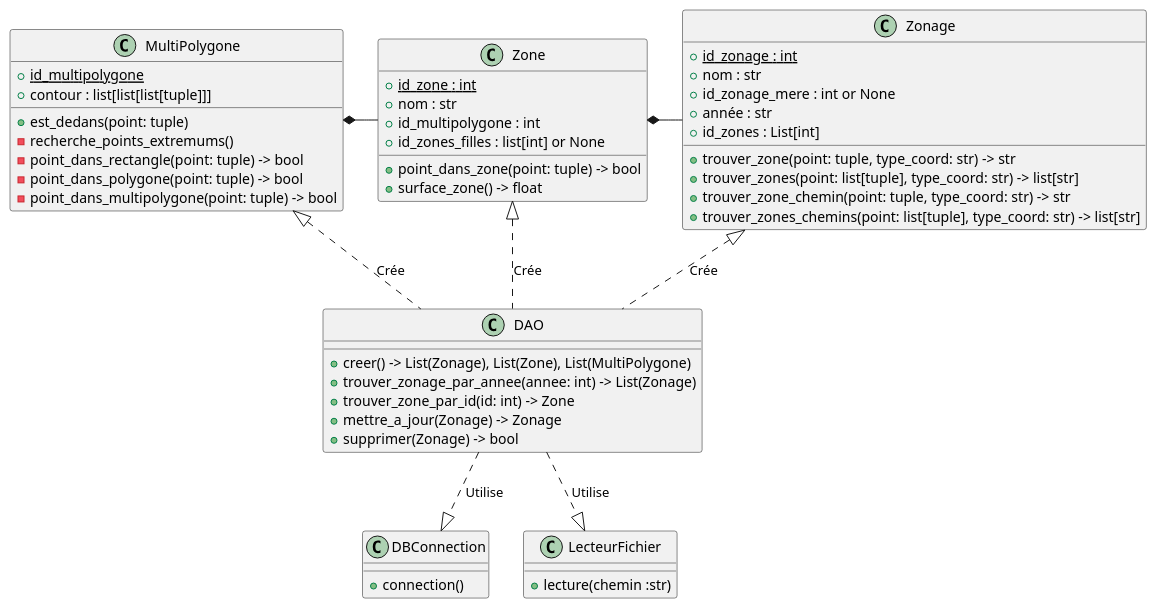
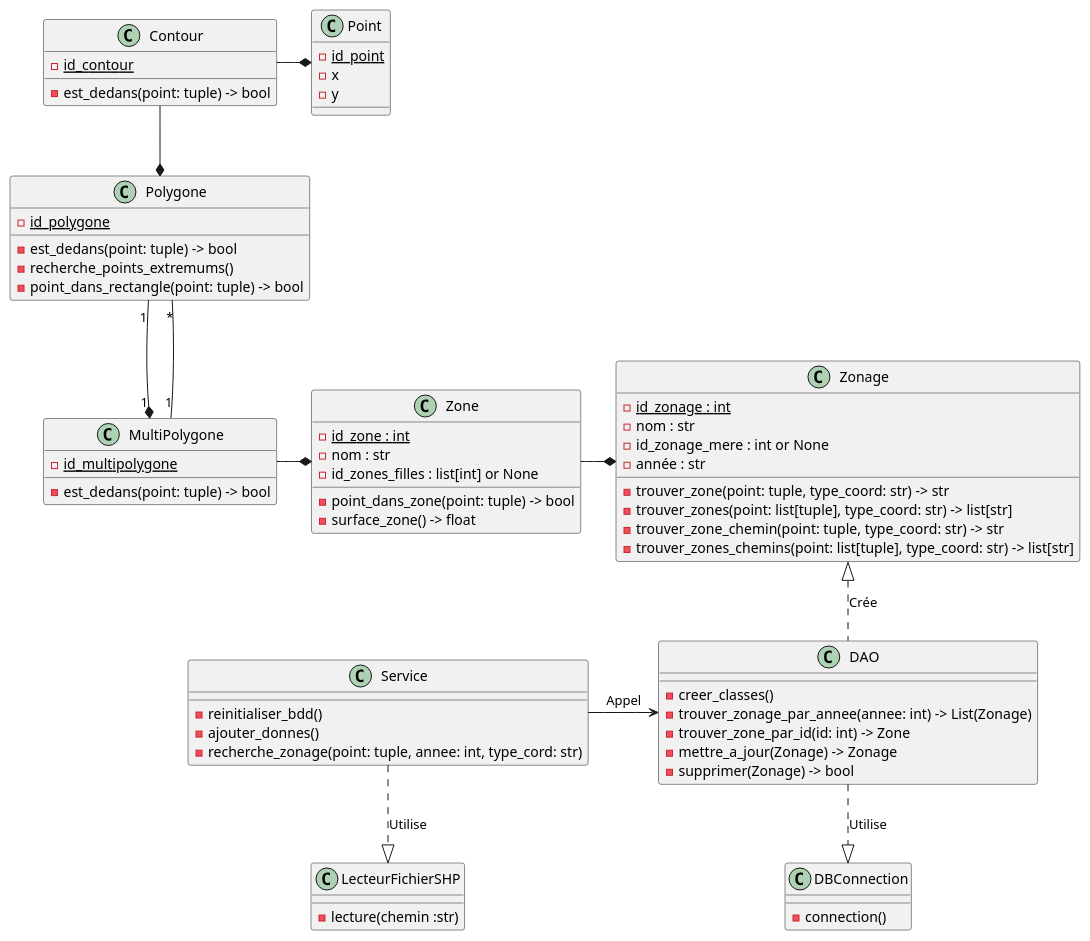
One commit to antoni-guardia/ENSAI_ProjetInfo2A changed the diagram in doc/diagrammes/diagramme_classes.md. Above: the diagram before and after it, drawn with PlantUML. The commit also changed 1 other file, not shown here.

Commit message:
diag cre

```diff
--- a/doc/diagrammes/diagramme_classes.md
+++ b/doc/diagrammes/diagramme_classes.md
@@ -1,62 +1,84 @@
 @startuml
 
 class Zone {
- + {Static} id_zone : int
- + nom : str
- + id_multipolygone : int
- + id_zones_filles : list[int] or None
- + point_dans_zone(point: tuple) -> bool
- + surface_zone() -> float 
+ - {Static} id_zone : int
+ - nom : str
+ - id_zones_filles : list[int] or None
+ - point_dans_zone(point: tuple) -> bool
+ - surface_zone() -> float 
  }
 
 class Zonage {
- + {Static} id_zonage : int
- + nom : str
- + id_zonage_mere : int or None
- + année : str
- + id_zones : List[int]
- + trouver_zone(point: tuple, type_coord: str) -> str
- + trouver_zones(point: list[tuple], type_coord: str) -> list[str]
- + trouver_zone_chemin(point: tuple, type_coord: str) -> str
- + trouver_zones_chemins(point: list[tuple], type_coord: str) -> list[str]
+ - {Static} id_zonage : int
+ - nom : str
+ - id_zonage_mere : int or None
+ - année : str
+ - trouver_zone(point: tuple, type_coord: str) -> str
+ - trouver_zones(point: list[tuple], type_coord: str) -> list[str]
+ - trouver_zone_chemin(point: tuple, type_coord: str) -> str
+ - trouver_zones_chemins(point: list[tuple], type_coord: str) -> list[str]
  }
 
 class MultiPolygone{
- + {Static} id_multipolygone
- + contour : list[list[list[tuple]]]
- + est_dedans(point: tuple)
+ - {Static} id_multipolygone
+ - est_dedans(point: tuple) -> bool
+ }
+
+
+class Polygone{
+ - {Static} id_polygone
+
+ - est_dedans(point: tuple) -> bool
  - recherche_points_extremums()
  - point_dans_rectangle(point: tuple) -> bool
- - point_dans_polygone(point: tuple) -> bool
- - point_dans_multipolygone(point: tuple) -> bool
- }
+}
+
+class Contour{
+ - {Static} id_contour
+ - est_dedans(point: tuple) -> bool
+}
+
+class Point{
+ - {Static} id_point
+ - x 
+ - y
+}
 
 class DAO{
-  + creer() -> List(Zonage), List(Zone), List(MultiPolygone)
-  + trouver_zonage_par_annee(annee: int) -> List(Zonage)
-  + trouver_zone_par_id(id: int) -> Zone
-  + mettre_a_jour(Zonage) -> Zonage
-  + supprimer(Zonage) -> bool
+  - creer_classes()
+  - trouver_zonage_par_annee(annee: int) -> List(Zonage)
+  - trouver_zone_par_id(id: int) -> Zone
+  - mettre_a_jour(Zonage) -> Zonage
+  - supprimer(Zonage) -> bool
 }
 
 
 
 class DBConnection{
-+ connection()
+- connection()
 }
 
-class LecteurFichier{
-+ lecture(chemin :str)
+class LecteurFichierSHP{
+- lecture(chemin :str)
 }
 
+class Service{
+- reinitialiser_bdd()
+- ajouter_donnes()
+- recherche_zonage(point: tuple, annee: int, type_cord: str)
+}
 
+Contour -right-* Point
+Contour --* Polygone
+Polygone "1"-down-*"1" MultiPolygone
+Polygone "*"-down-"1" MultiPolygone
 
-Zone -left-* MultiPolygone
-Zone *-right- Zonage
-Zone <|.. DAO : Crée
+Zone *-left- MultiPolygone
+Zone -right-* Zonage
+
 Zonage <|.. DAO : Crée
-MultiPolygone <|.. DAO : Crée
+
 DBConnection <|.up. DAO : Utilise
-LecteurFichier <|.up. DAO : Utilise
-
+LecteurFichierSHP <|.up. Service : Utilise
+Service -> DAO : Appel
 @enduml
```
